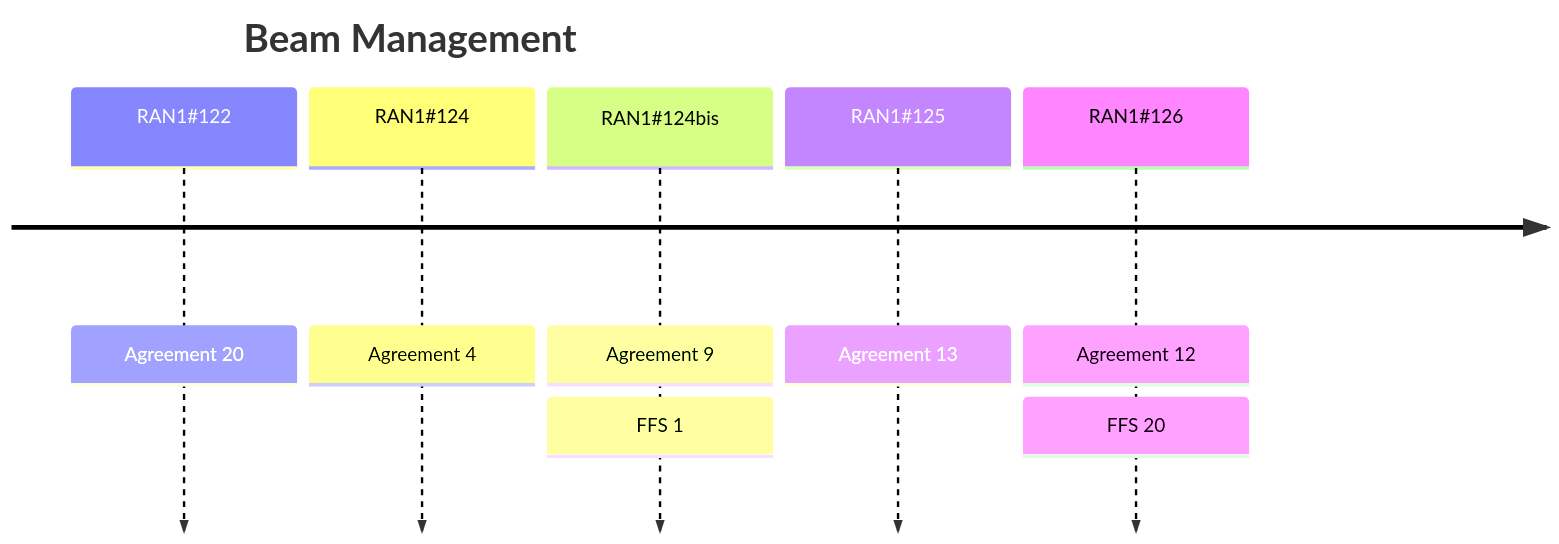
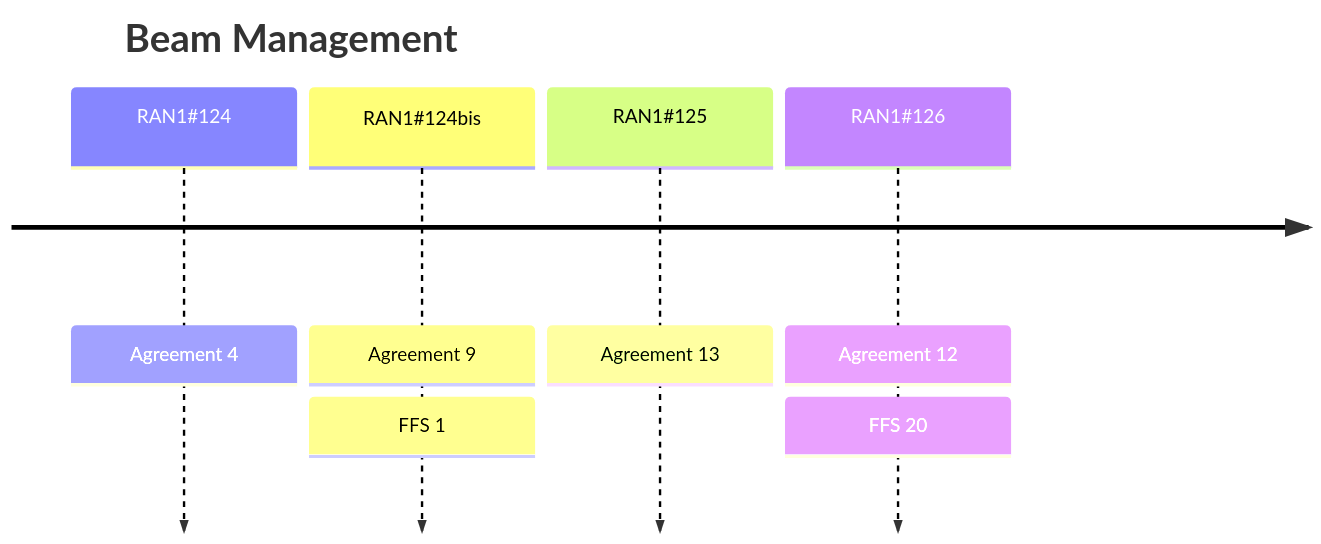
One commit to jgunmoon/JG_Test_Project changed the diagram in reports/by_item/beam_management.md. Above: the diagram before and after it, drawn with Mermaid. The commit also changed other lines of this file and 15 other files, not shown here.

````diff
--- a/reports/by_item/beam_management.md
+++ b/reports/by_item/beam_management.md
@@ -7,9 +7,8 @@
 ```mermaid
 timeline
     title Beam Management
-    RAN1#35;122 : Agreement 20
     RAN1#35;124 : Agreement 4
     RAN1#35;124bis : Agreement 9 : FFS 1
     RAN1#35;125 : Agreement 13
     RAN1#35;126 : Agreement 12 : FFS 20
 ```
````
